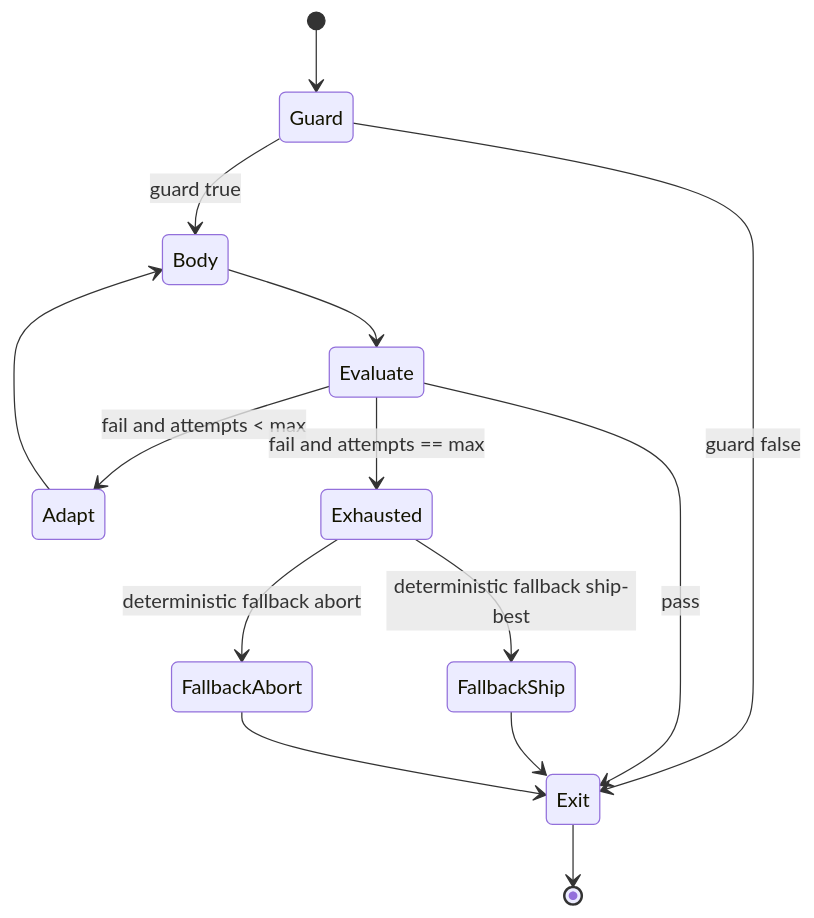
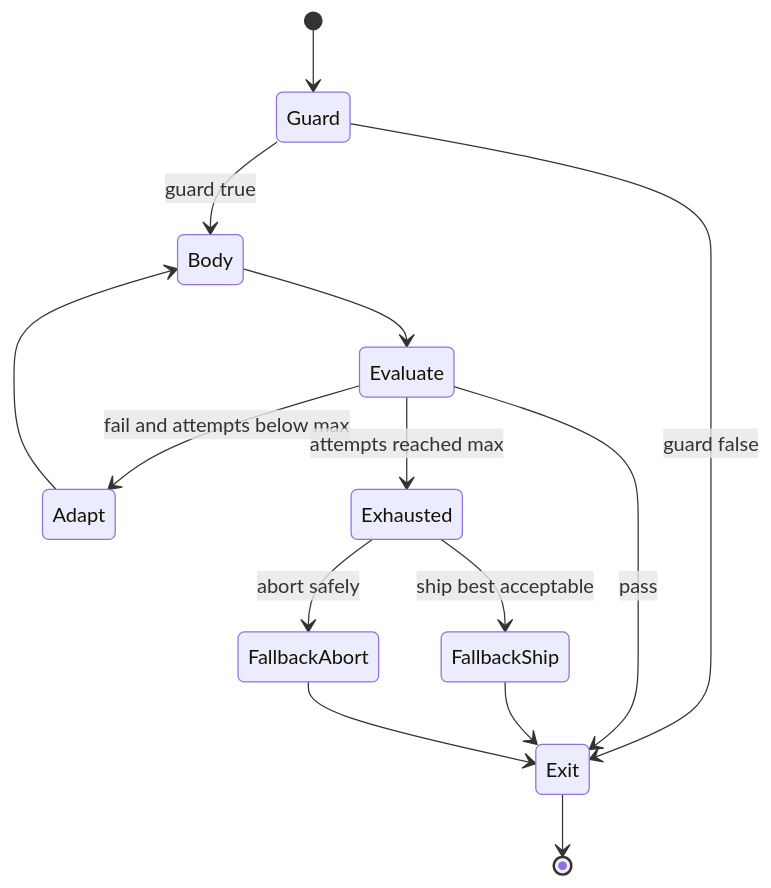
The fourth of 6 diagrams in README.md (BharatMahajan/AEC_AI_Shorts), drawn with Mermaid before and after one commit. The commit also changed other lines of this file, not shown here.

````diff
--- a/README.md
+++ b/README.md
@@ -114,18 +251,19 @@
 ```mermaid
 stateDiagram-v2
   [*] --> Guard
   Guard --> Exit: guard false
   Guard --> Body: guard true
 
   Body --> Evaluate
   Evaluate --> Exit: pass
-  Evaluate --> Adapt: fail and attempts < max
+  Evaluate --> Adapt: fail and attempts below max
   Adapt --> Body
 
-  Evaluate --> Exhausted: fail and attempts == max
-  Exhausted --> FallbackShip: deterministic fallback ship-best
-  Exhausted --> FallbackAbort: deterministic fallback abort
+  Evaluate --> Exhausted: attempts reached max
+  Exhausted --> FallbackShip: ship best acceptable
+  Exhausted --> FallbackAbort: abort safely
+
   FallbackShip --> Exit
   FallbackAbort --> Exit
   Exit --> [*]
 ```
````
